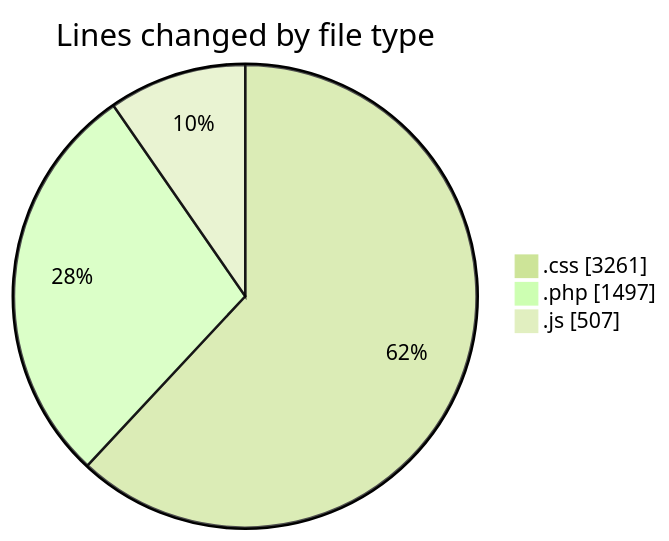
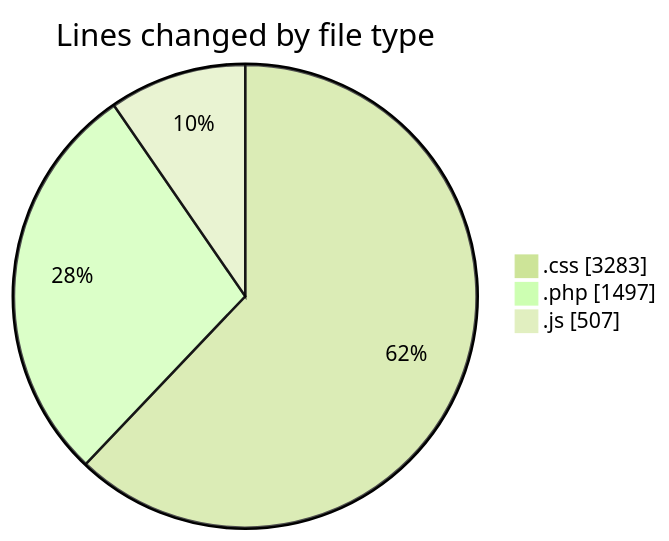
The first of 2 diagrams in 2026-07-22/untitled__workspace_/README.md (debugP/code-tracking), drawn with Mermaid (forest theme) before and after one commit. The commit also changed other lines of this file and 1 other file, not shown here.

````diff
--- a/2026-07-22/untitled__workspace_/README.md
+++ b/2026-07-22/untitled__workspace_/README.md
@@ -23,7 +23,7 @@
 ```mermaid
 pie showData
 title Lines changed by file type
-".css" : 3261
+".css" : 3283
 ".php" : 1497
 ".js" : 507
 ```
````
